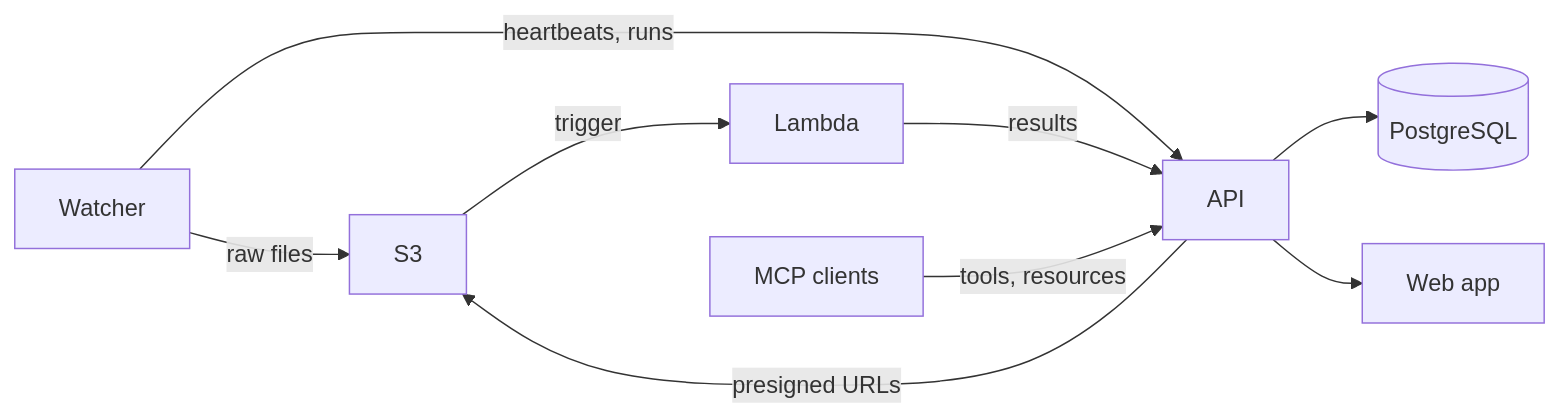
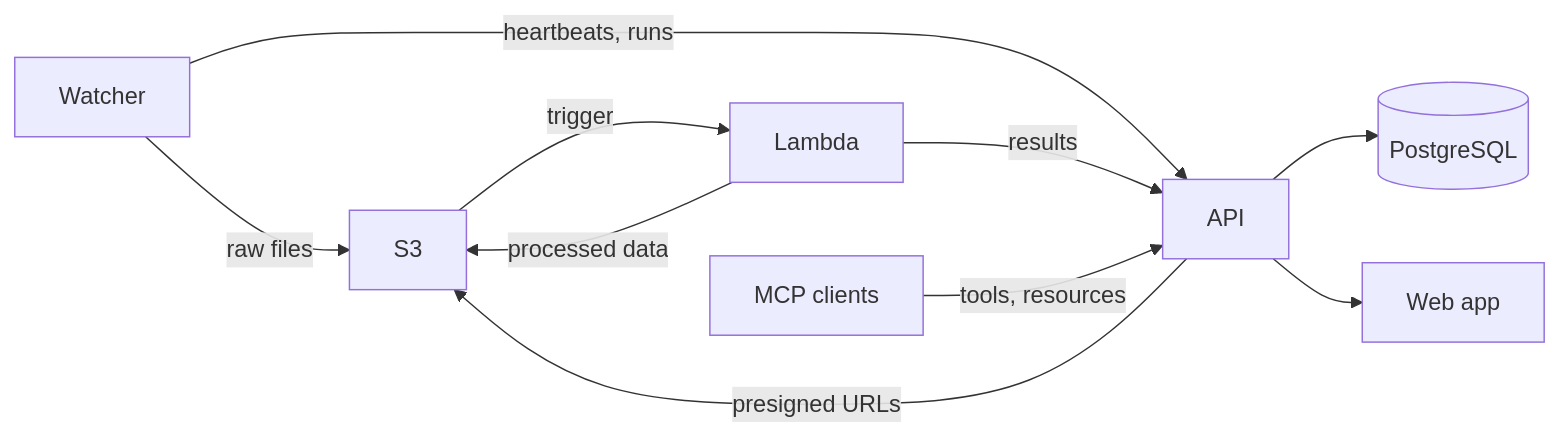
Before and after one commit to Arcadia-Science/data-hub: the diagram in docs/architecture.md, drawn with Mermaid. The commit also changed 32 other files, not shown here.

````diff
--- a/docs/architecture.md
+++ b/docs/architecture.md
@@ -7,11 +7,12 @@
 ```mermaid
 flowchart LR
     W[Watcher] -->|raw files| S3[S3]
     S3 -->|trigger| L[Lambda]
     W -->|heartbeats, runs| API[API]
+    L -->|processed data| S3
     L -->|results| API
     API -->|presigned URLs| S3
     API --> DB[(PostgreSQL)]
     API --> UI[Web app]
     MCP[MCP clients] -->|tools, resources| API
 ```
````
